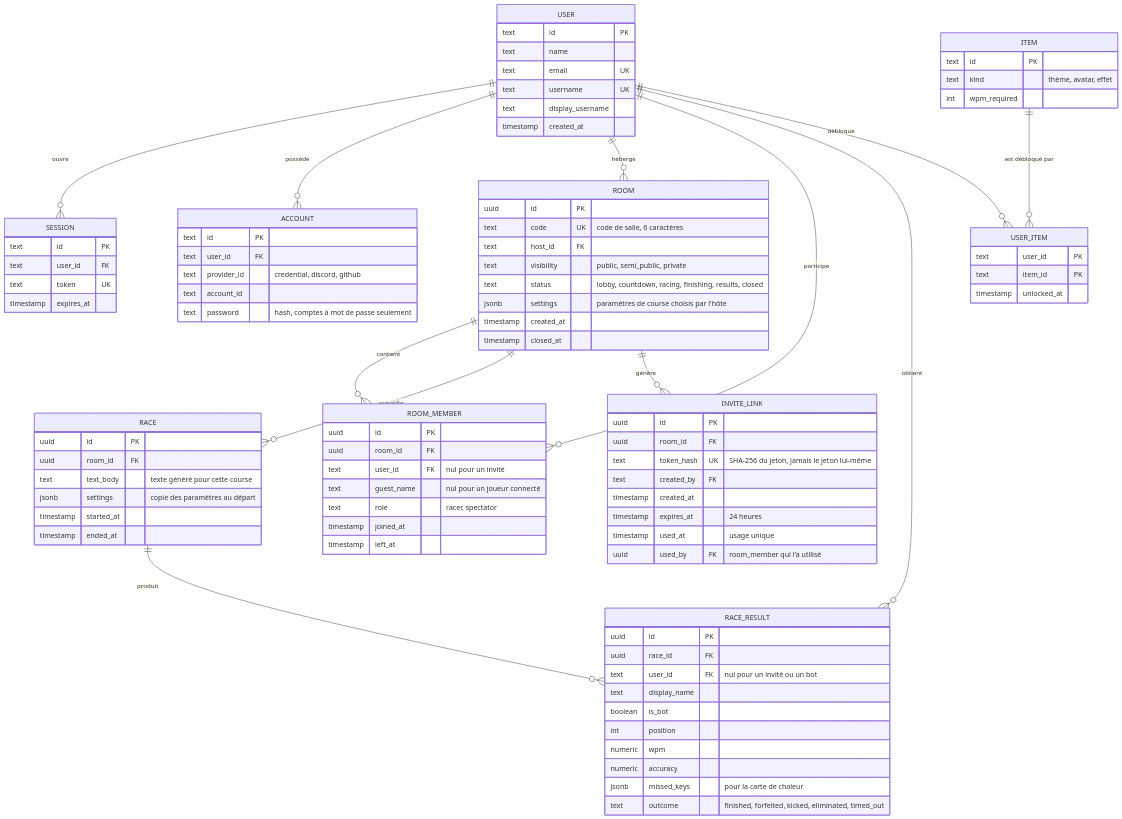
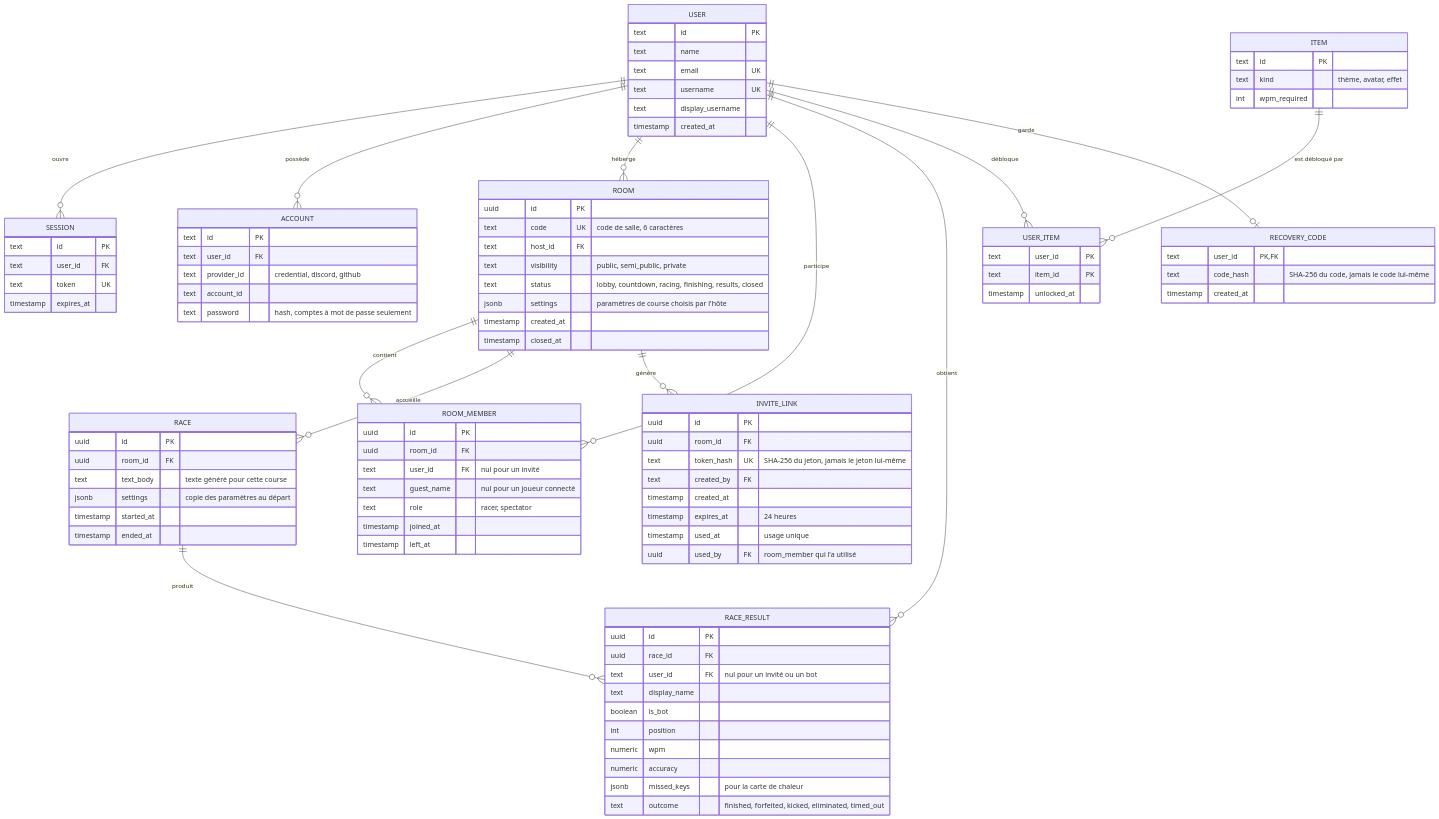
The diagram in docs/modele-de-donnees.md (Cityx258/Jamtyper), drawn with Mermaid before and after one commit. The commit also changed other lines of this file and 2 other files, not shown here.

````diff
--- a/docs/modele-de-donnees.md
+++ b/docs/modele-de-donnees.md
@@ -23,6 +23,7 @@
     USER ||--o{ ROOM_MEMBER : "participe"
     USER ||--o{ RACE_RESULT : "obtient"
     USER ||--o{ USER_ITEM : "débloque"
+    USER ||--o| RECOVERY_CODE : "garde"
     ROOM ||--o{ ROOM_MEMBER : "contient"
     ROOM ||--o{ RACE : "accueille"
     ROOM ||--o{ INVITE_LINK : "génère"
@@ -109,4 +110,9 @@
         text item_id PK
         timestamp unlocked_at
     }
+    RECOVERY_CODE {
+        text user_id PK, FK
+        text code_hash "SHA-256 du code, jamais le code lui-même"
+        timestamp created_at
+    }
 ```
````
